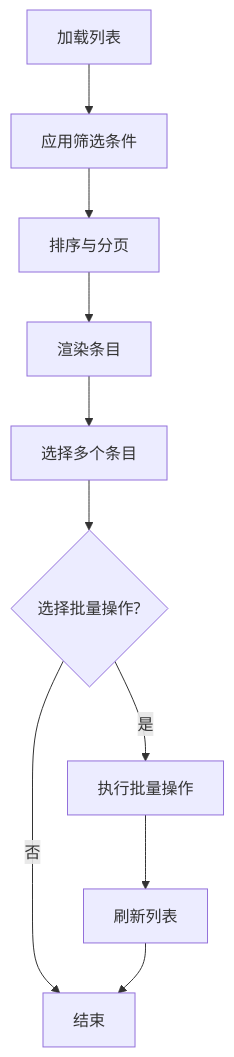
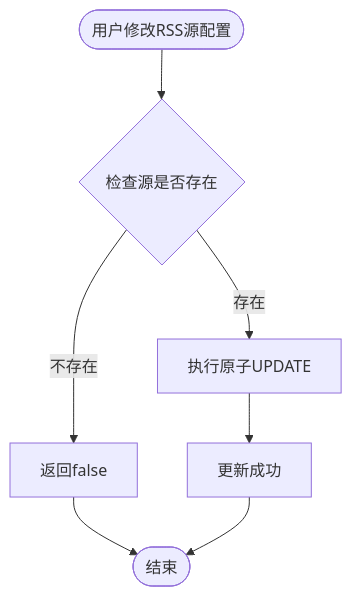
The third of 8 diagrams in .qoder/repowiki/zh/content/RSS订阅系统/RSS源管理.md (ZhangGHGitHub/LegadoTeamFlutter), drawn with Mermaid before and after one commit. The commit also changed other lines of this file and 173 other files, not shown here.

````diff
--- a/.qoder/repowiki/zh/content/RSS订阅系统/RSS源管理.md
+++ b/.qoder/repowiki/zh/content/RSS订阅系统/RSS源管理.md
@@ -322,12 +146,9 @@
 ```mermaid
 flowchart TD
-Load["加载列表"] --> Filter["应用筛选条件"]
-Filter --> Sort["排序与分页"]
-Sort --> Render["渲染条目"]
-Render --> Select["选择多个条目"]
-Select --> BatchOp{"选择批量操作?"}
-BatchOp --> |是| Execute["执行批量操作"]
-BatchOp --> |否| End["结束"]
-Execute --> Refresh["刷新列表"]
-Refresh --> End
+Start(["用户修改RSS源配置"]) --> CheckExists{"检查源是否存在"}
+CheckExists --> |存在| UpdateFields["执行原子UPDATE"]
+CheckExists --> |不存在| ReturnFalse["返回false"]
+UpdateFields --> Success["更新成功"]
+ReturnFalse --> End(["结束"])
+Success --> End
 ```
````
